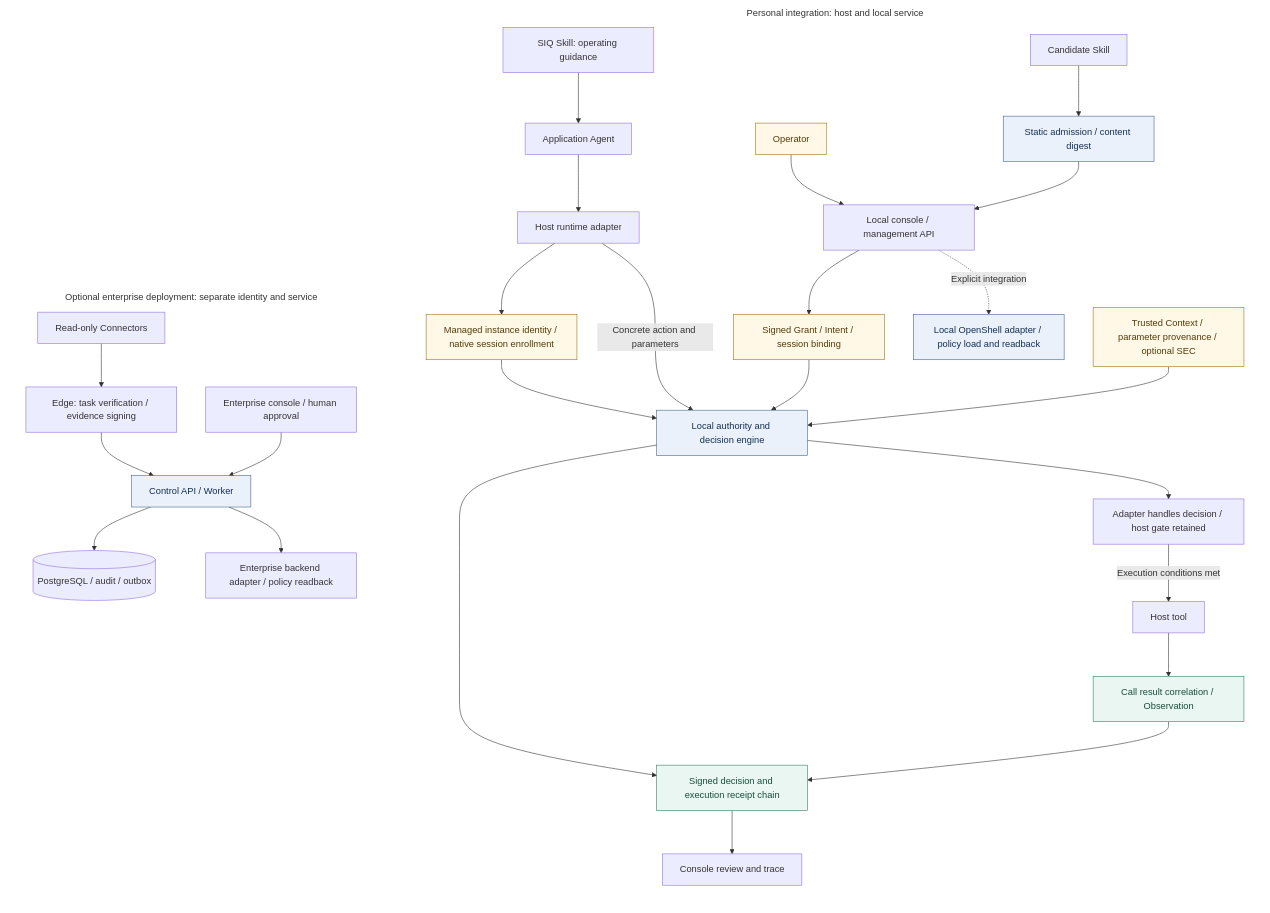
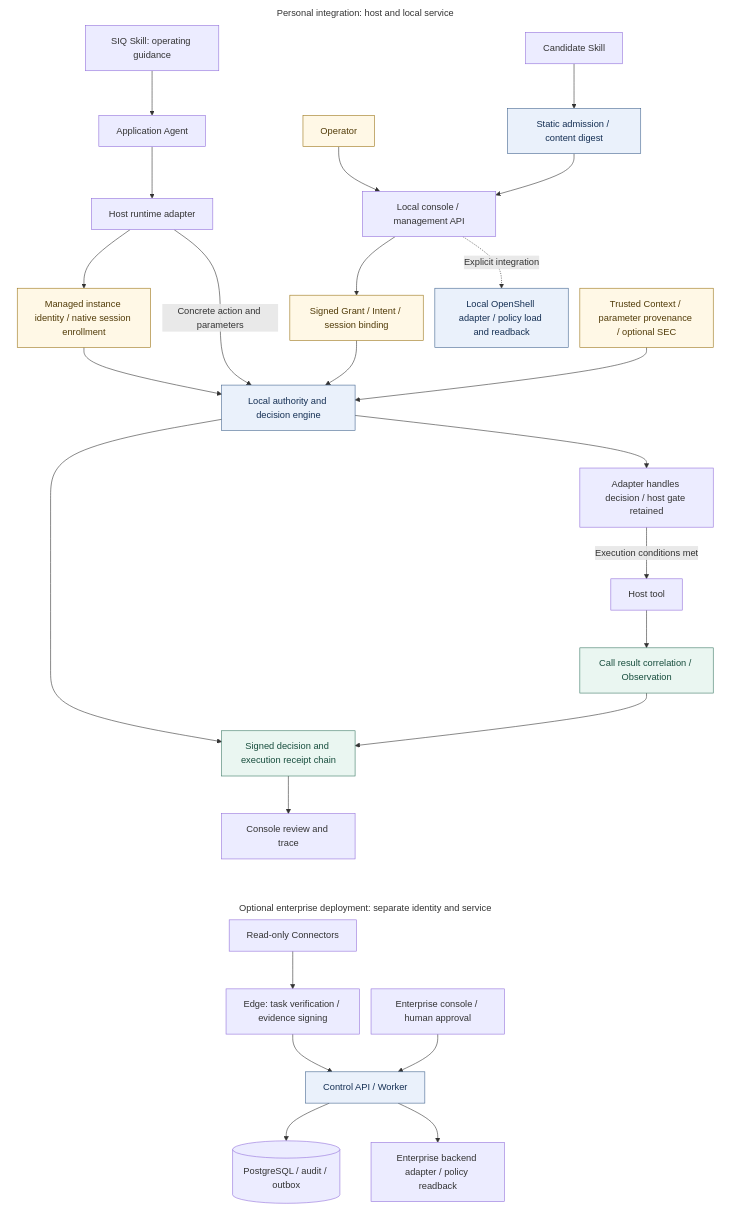
One commit to maoyadongsh/siq-agent-security changed the first of 2 diagrams in README.en.md. Above: the diagram before and after it, drawn with Mermaid. The commit also changed other lines of this file and 1 other file, not shown here.

Commit message:
docs: match README diagram display font sizes

````diff
--- a/README.en.md
+++ b/README.en.md
@@ -124,41 +124,51 @@
 ```mermaid
+---
+config:
+  themeVariables:
+    fontSize: 16px
+  flowchart:
+    nodeSpacing: 20
+    rankSpacing: 40
+    wrappingWidth: 170
+---
 flowchart TB
     subgraph Local[Personal integration: host and local service]
         direction TB
     Human[Operator] --> Console[Local console / management API]
     Skill[SIQ Skill: operating guidance] --> Agent[Application Agent]
     Candidate[Candidate Skill] --> Admission[Static admission / content digest]
     Admission --> Console
     Console --> Authority[Signed Grant / Intent / session binding]
     Agent --> Adapter[Host runtime adapter]
     Adapter --> Identity[Managed instance identity / native session enrollment]
     Identity --> Gate[Local authority and decision engine]
     Adapter -->|Concrete action and parameters| Gate
     Authority --> Gate
     Context[Trusted Context / parameter provenance / optional SEC] --> Gate
     Gate --> Decision[Adapter handles decision / host gate retained]
     Decision -->|Execution conditions met| Tool[Host tool]
     Tool --> Observe[Call result correlation / Observation]
     Gate --> Receipts[Signed decision and execution receipt chain]
     Observe --> Receipts
     Receipts --> View[Console review and trace]
     Console -.->|Explicit integration| LocalBackend[Local OpenShell adapter / policy load and readback]
     end
 
     subgraph Enterprise[Optional enterprise deployment: separate identity and service]
         direction TB
         Connectors[Read-only Connectors] --> Edge[Edge: task verification / evidence signing]
         Edge --> Control[Control API / Worker]
         EnterpriseUI[Enterprise console / human approval] --> Control
         Control --> DB[(PostgreSQL / audit / outbox)]
         Control --> Backend[Enterprise backend adapter / policy readback]
     end
+    Local ~~~ Enterprise
     classDef authority fill:#fff8e6,stroke:#9a7417,color:#513b08
     classDef runtime fill:#eaf1fb,stroke:#43658f,color:#142f53
     classDef evidence fill:#eaf6f1,stroke:#3b7965,color:#174d3d
     style Local fill:transparent,stroke:none
     style Enterprise fill:transparent,stroke:none
     class Human,Authority,Identity,Context authority
     class Admission,Gate,LocalBackend,Control runtime
     class Observe,Receipts evidence
 ```
````
